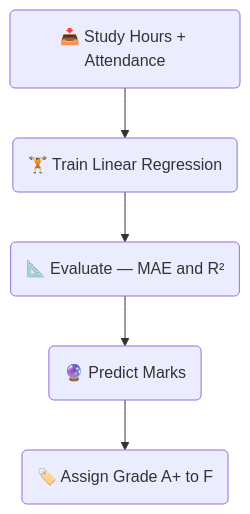
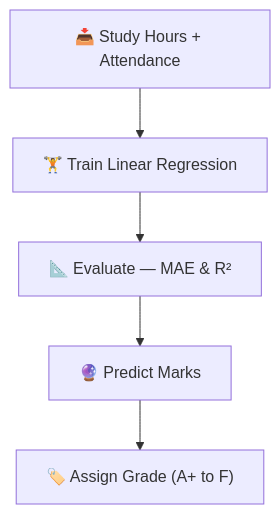
One commit to Sowndhar-2005/Student-Performance-Analysis-Dashboard changed the third of 3 diagrams in README.md. Above: the diagram before and after it, drawn with Mermaid. The commit also changed other lines of this file, not shown here.

Commit message:
docs: update README with comprehensive project documentation and feature architecture details

````diff
--- a/README.md
+++ b/README.md
@@ -54,7 +119,7 @@
 ```mermaid
 flowchart TD
-    A(📥 Study Hours + Attendance) --> B(🏋️ Train Linear Regression)
-    B --> C(📐 Evaluate — MAE and R²)
-    C --> D(🔮 Predict Marks)
-    D --> E(🏷️ Assign Grade A+ to F)
+    A["📥 Study Hours + Attendance"] --> B["🏋️ Train Linear Regression"]
+    B --> C["📐 Evaluate — MAE & R²"]
+    C --> D["🔮 Predict Marks"]
+    D --> E["🏷️ Assign Grade (A+ to F)"]
 ```
````
